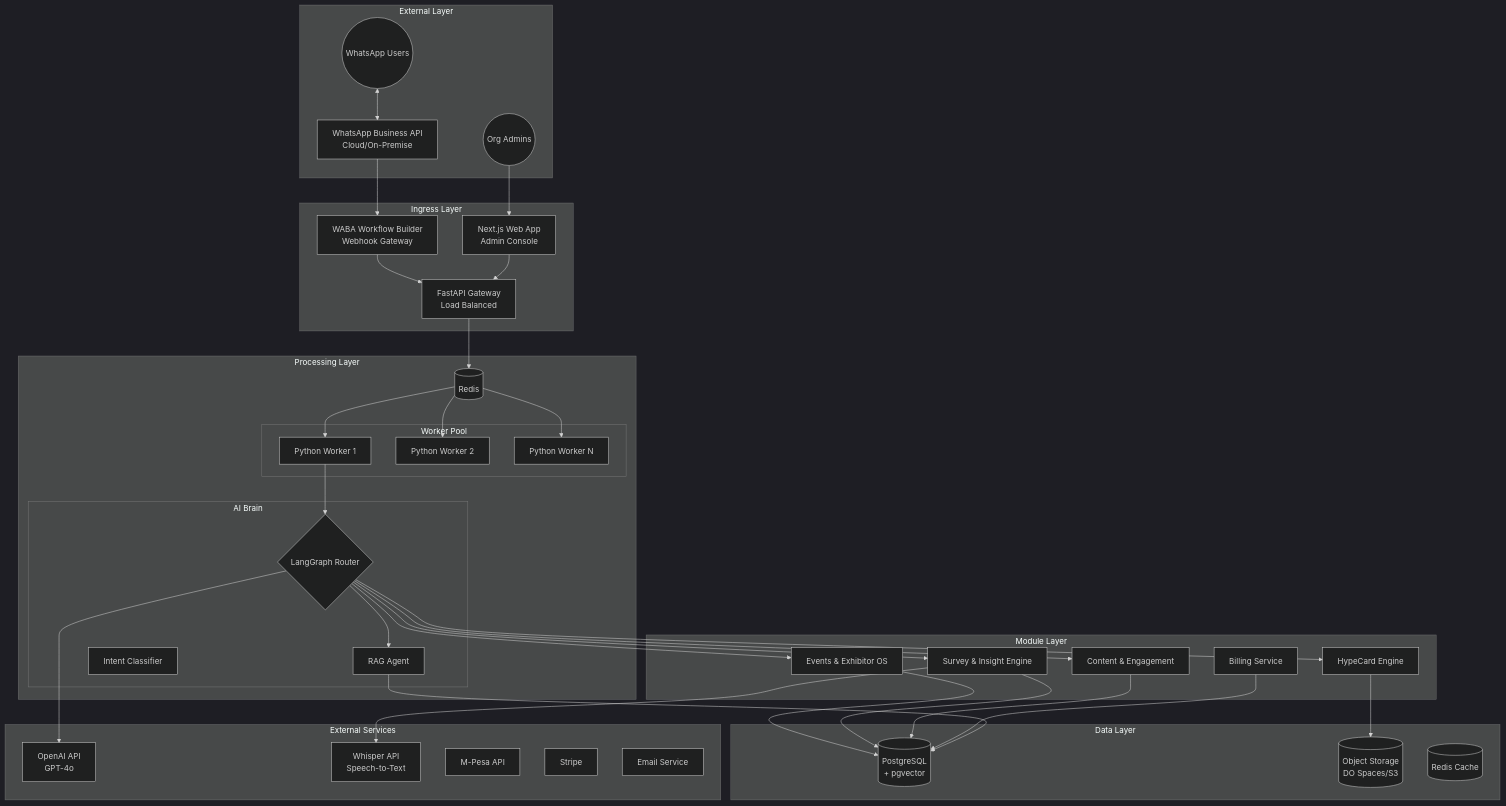
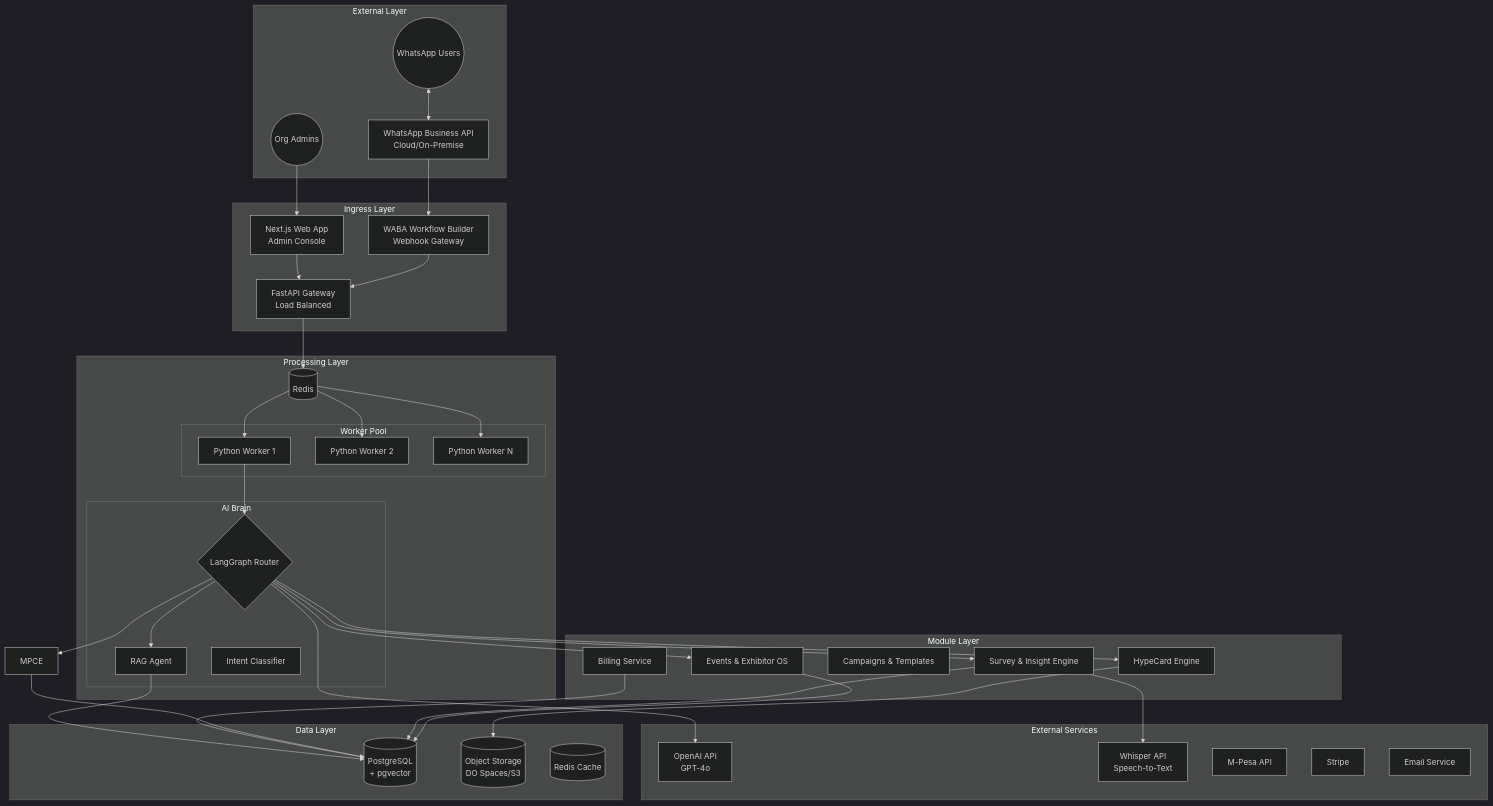
Before and after one commit to chatnationwork/analytics: the first of 8 diagrams in docs/new_modules/FINAL_ARCHITECTURE.md, drawn with Mermaid (dark theme). The commit also changed other lines of this file and 10 other files, not shown here.

````diff
--- a/docs/new_modules/FINAL_ARCHITECTURE.md
+++ b/docs/new_modules/FINAL_ARCHITECTURE.md
@@ -99,80 +99,80 @@
 ```mermaid
 graph TB
     subgraph "External Layer"
         Users((WhatsApp Users))
         WABA[WhatsApp Business API<br/>Cloud/On-Premise]
         AdminUsers((Org Admins))
     end
 
     subgraph "Ingress Layer"
         WAGateway[WABA Workflow Builder<br/>Webhook Gateway]
         WebApp[Next.js Web App<br/>Admin Console]
         APIGateway[FastAPI Gateway<br/>Load Balanced]
     end
 
     subgraph "Processing Layer"
         Redis[(Redis)]
 
         subgraph "Worker Pool"
             Worker1[Python Worker 1]
             Worker2[Python Worker 2]
             WorkerN[Python Worker N]
         end
 
         subgraph "AI Brain"
             Router{LangGraph Router}
             RAG[RAG Agent]
             Intent[Intent Classifier]
         end
     end
 
     subgraph "Module Layer"
         EOS[Events & Exhibitor OS]
         USI[Survey & Insight Engine]
-        MPCE[Content & Engagement]
+        Campaigns[Campaigns & Templates]
         Hype[HypeCard Engine]
         Billing[Billing Service]
     end
 
     subgraph "Data Layer"
         Postgres[(PostgreSQL<br/>+ pgvector)]
         S3[(Object Storage<br/>DO Spaces/S3)]
         Cache[(Redis Cache)]
     end
 
     subgraph "External Services"
         OpenAI[OpenAI API<br/>GPT-4o]
         Whisper[Whisper API<br/>Speech-to-Text]
         MPesa[M-Pesa API]
         Stripe[Stripe]
         SMTP[Email Service]
     end
 
     Users <--> WABA
     WABA --> WAGateway
     WAGateway --> APIGateway
     AdminUsers --> WebApp
     WebApp --> APIGateway
 
     APIGateway --> Redis
     Redis --> Worker1
     Redis --> Worker2
     Redis --> WorkerN
 
     Worker1 --> Router
     Router --> RAG
     Router --> EOS
     Router --> USI
     Router --> MPCE
     Router --> Hype
 
     EOS --> Postgres
     USI --> Postgres
     MPCE --> Postgres
     Hype --> S3
     Billing --> Postgres
 
     RAG --> Postgres
     Router --> OpenAI
     USI --> Whisper
 ```
````
